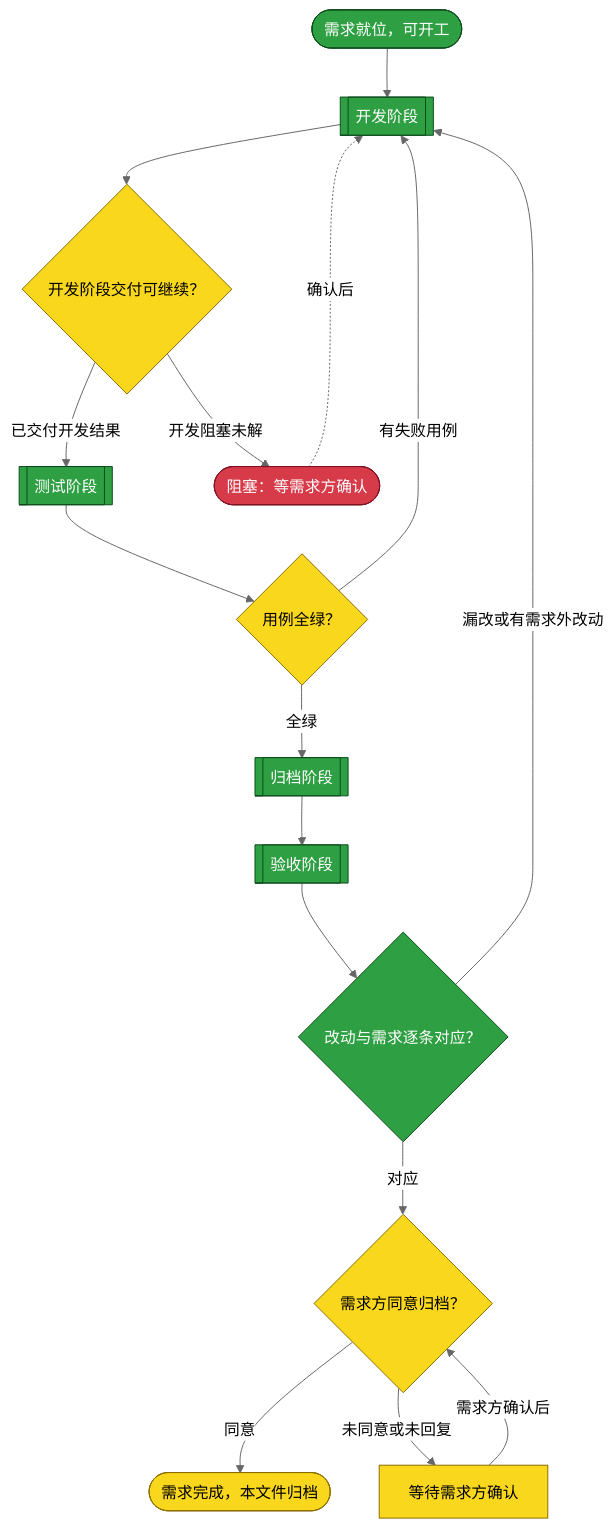
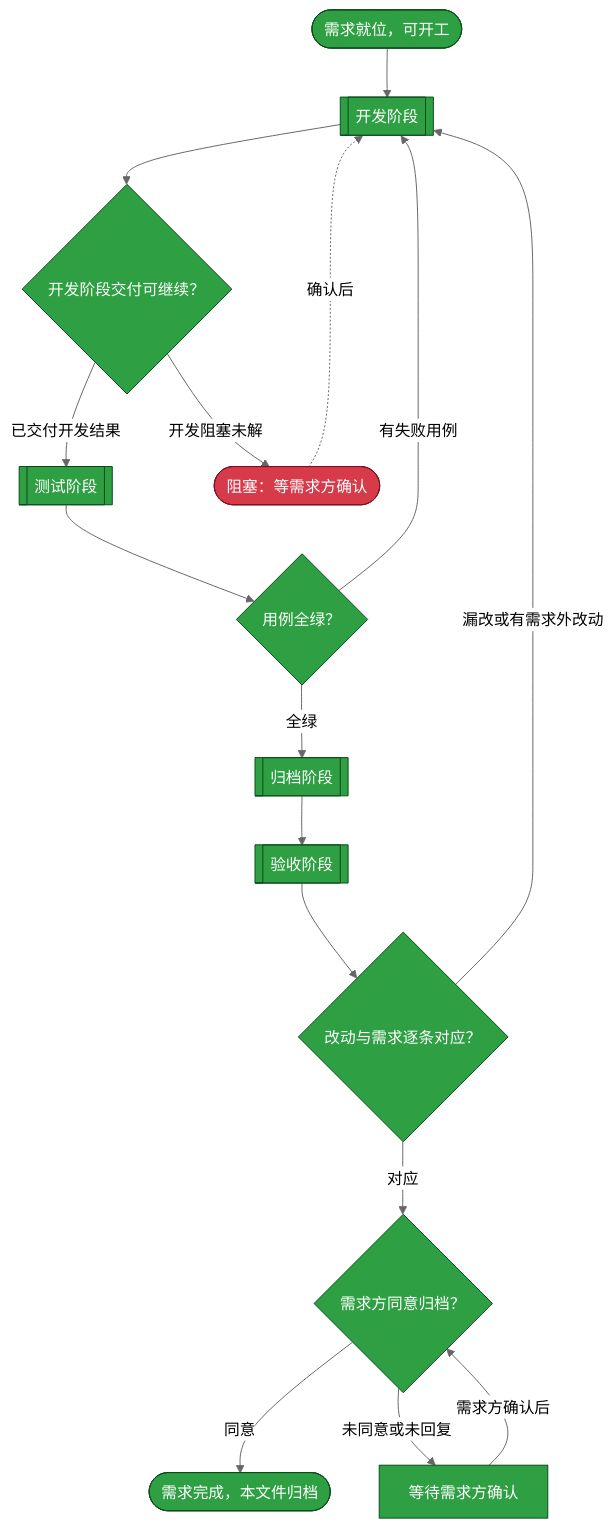
Before and after one commit to yunjies/knowledge-base: the first of 5 diagrams in assets/archive/req.home-media-pilot.provider-registry-ui.20261005-114222.md, drawn with Mermaid (neutral theme). The commit also changed 32 other files, not shown here.

````diff
--- a/assets/archive/req.home-media-pilot.provider-registry-ui.20261005-114222.md
+++ b/assets/archive/req.home-media-pilot.provider-registry-ui.20261005-114222.md
@@ -14,25 +14,24 @@
 ```mermaid
 flowchart TB
   START(["需求就位，可开工"]) --> DEVELOP[["开发阶段"]]
   DEVELOP --> DEV_GATE{"开发阶段交付可继续？"}
   DEV_GATE -->|"已交付开发结果"| TEST[["测试阶段"]]
   DEV_GATE -->|"开发阻塞未解"| BLOCKED(["阻塞：等需求方确认"])
   TEST --> TEST_GATE{"用例全绿？"}
   TEST_GATE -->|"全绿"| ARCHIVE[["归档阶段"]]
   TEST_GATE -->|"有失败用例"| DEVELOP
   ARCHIVE --> ACCEPT[["验收阶段"]]
   ACCEPT --> ACCEPT_GATE{"改动与需求逐条对应？"}
   ACCEPT_GATE -->|"对应"| REQUESTER_APPROVAL{"需求方同意归档？"}
   ACCEPT_GATE -->|"漏改或有需求外改动"| DEVELOP
   REQUESTER_APPROVAL -->|"同意"| DONE(["需求完成，本文件归档"])
   REQUESTER_APPROVAL -->|"未同意或未回复"| APPROVAL_WAIT["等待需求方确认"]
   APPROVAL_WAIT -->|"需求方确认后"| REQUESTER_APPROVAL
   BLOCKED -.->|"确认后"| DEVELOP
 
   classDef todo fill:#f9d71c,stroke:#8a6d00,color:#000
   classDef done fill:#2ea043,stroke:#0b4a1b,color:#fff
   classDef stuck fill:#d73a49,stroke:#7d1220,color:#fff
-  class START,DEVELOP,TEST,ARCHIVE,ACCEPT,ACCEPT_GATE done
-  class DEV_GATE,TEST_GATE,REQUESTER_APPROVAL,APPROVAL_WAIT,DONE todo
+  class START,DEVELOP,TEST,ARCHIVE,ACCEPT,ACCEPT_GATE,DEV_GATE,TEST_GATE,REQUESTER_APPROVAL,APPROVAL_WAIT,DONE done
   class BLOCKED stuck
 ```
````
